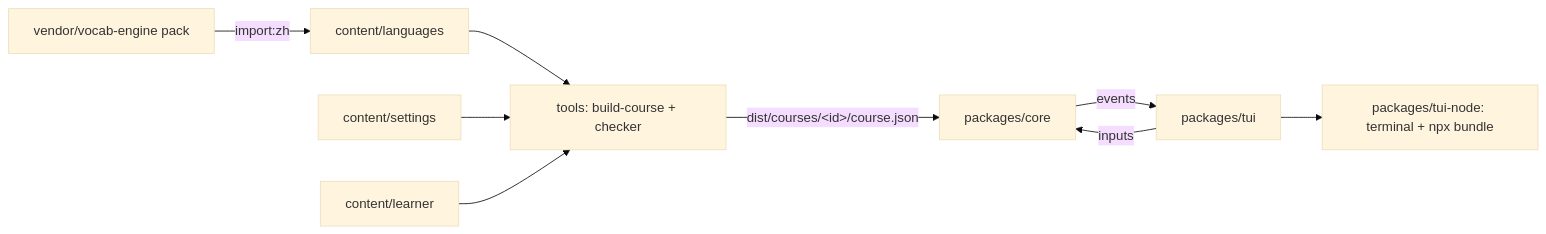
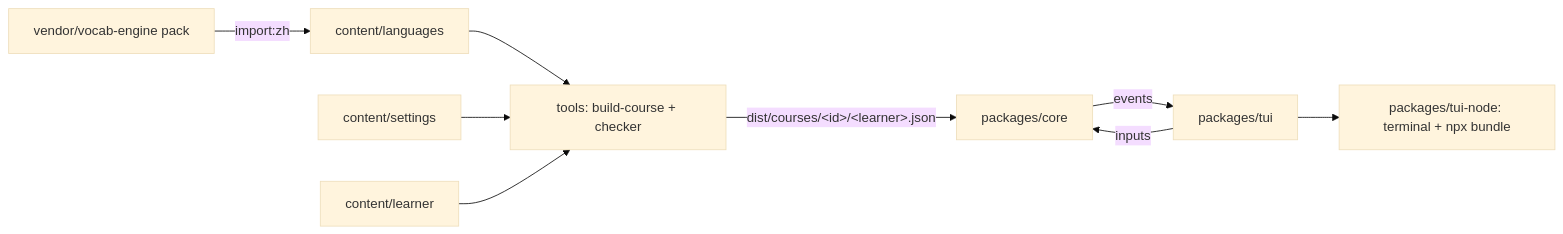
The diagram in CLAUDE.md (Bannerless-Studio/silver-tongue), drawn with Mermaid (base theme) before and after one commit. The commit also changed other lines of this file and 8 other files, not shown here.

````diff
--- a/CLAUDE.md
+++ b/CLAUDE.md
@@ -7,11 +7,11 @@
 ```mermaid
 flowchart LR
   VE[vendor/vocab-engine pack] -- import:zh --> L[content/languages]
   L --> B[tools: build-course + checker]
   S[content/settings] --> B
   LR[content/learner] --> B
-  B -- dist/courses/&lt;id&gt;/course.json --> C[packages/core]
+  B -- dist/courses/&lt;id&gt;/&lt;learner&gt;.json --> C[packages/core]
   C -- events --> T[packages/tui]
   T -- inputs --> C
   T --> N[packages/tui-node: terminal + npx bundle]
 ```
````
